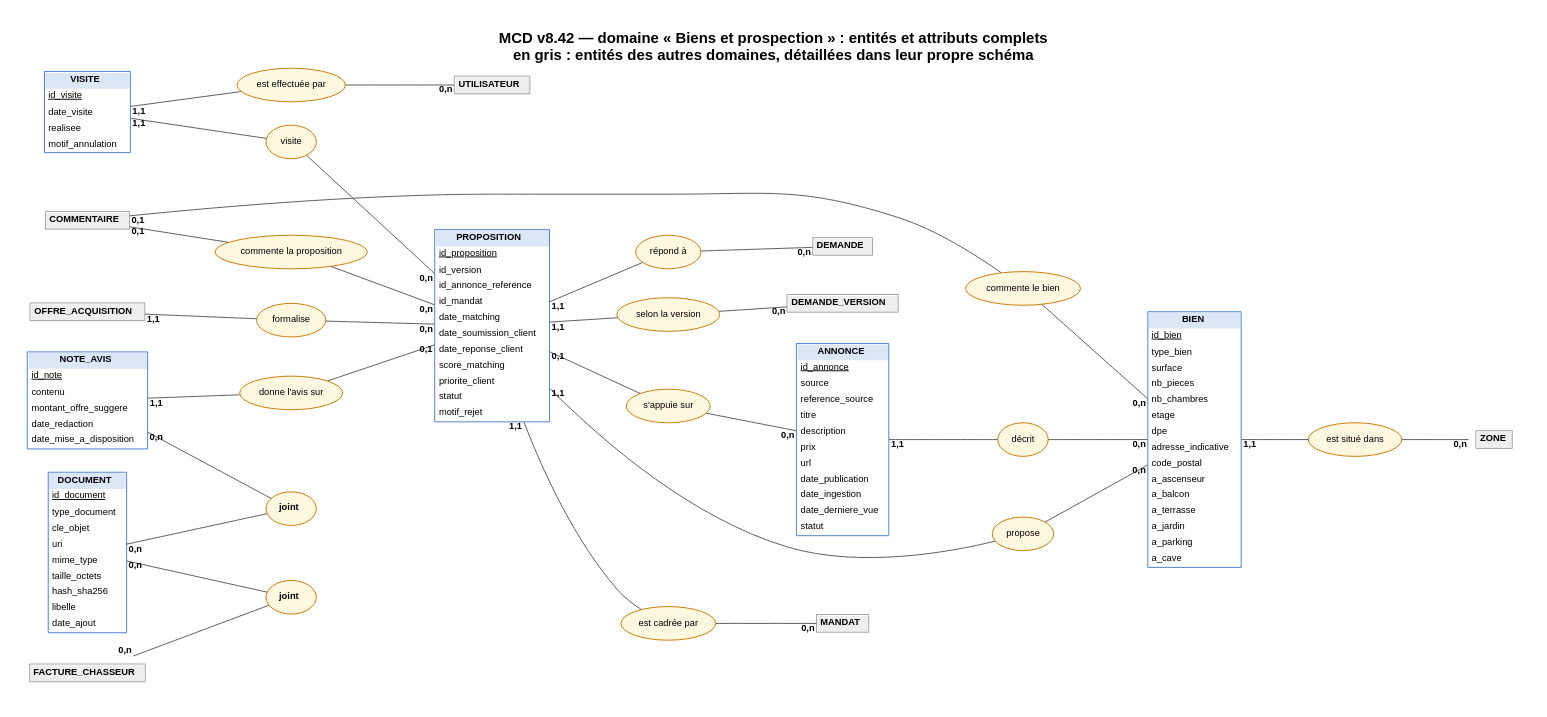
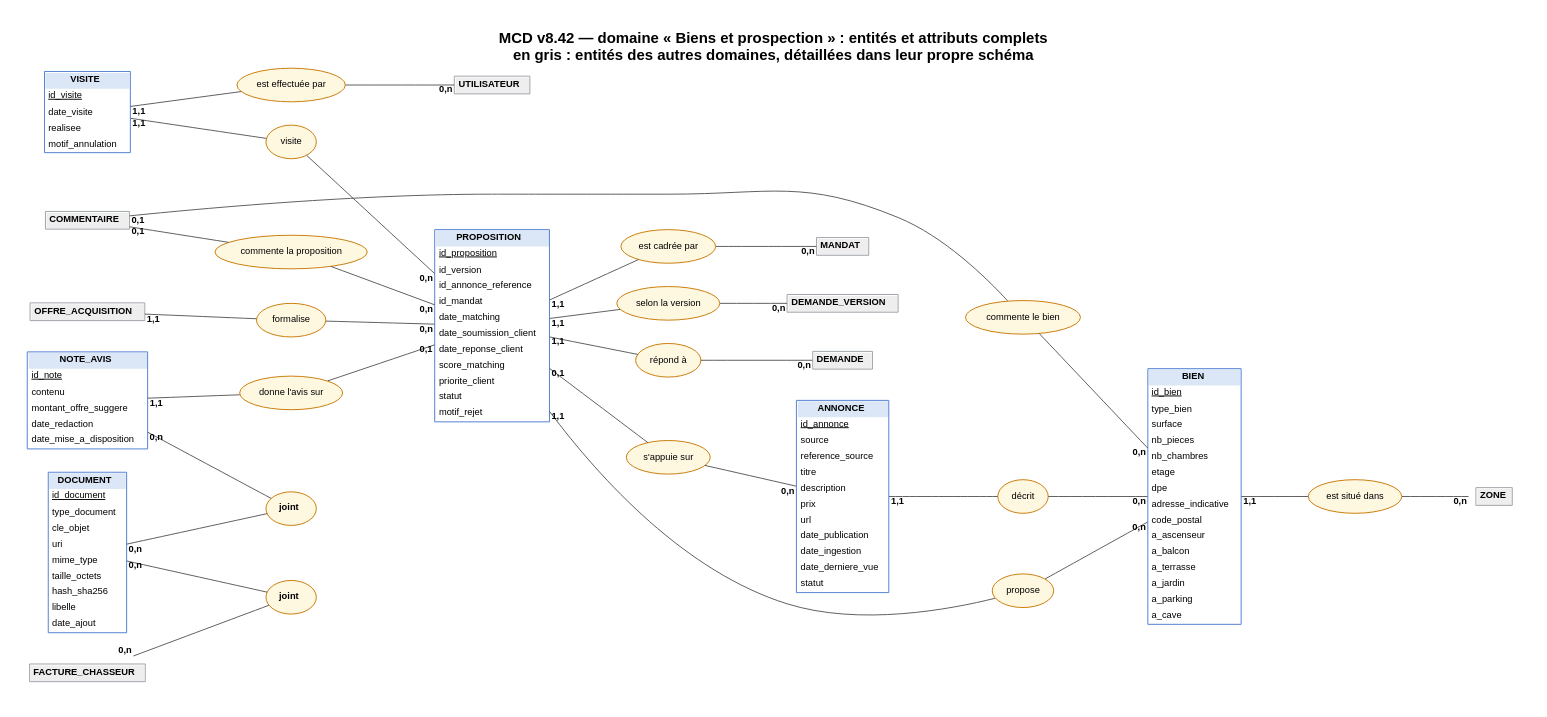
Before and after one commit to Fil-Rouge-Big-Data/Fil-Rouge-EISI-Data-IA-26-D04-StarterPack: the diagram in livrables/documentation/merise/sources/mcd-biens.dot, drawn with Graphviz. The commit also changed other lines of this file and 14 other files, not shown here.

```diff
--- a/livrables/documentation/merise/sources/mcd-biens.dot
+++ b/livrables/documentation/merise/sources/mcd-biens.dot
@@ -1,65 +1,65 @@
 // GÉNÉRÉ par generer_mcd.py depuis livrables/db/01_ddl.sql : ne pas modifier à la main.
 graph MCD {
   graph [label="MCD v8.42 — domaine « Biens et prospection » : entités et attributs complets\nen gris : entités des autres domaines, détaillées dans leur propre schéma", labelloc=t, fontname="Helvetica-Bold", fontsize=16, pad=0.3, splines=true, rankdir=LR, nodesep=0.35, ranksep=1.0];
   node [fontname="Helvetica", fontsize=10];
   edge [fontname="Helvetica-Bold", fontsize=10, color="#555555"];
+  proposition [shape=none, margin=0, label=<<TABLE BORDER="1" CELLBORDER="0" CELLSPACING="0" CELLPADDING="3" COLOR="#4a7bd0"><TR><TD BGCOLOR="#dbe6f7"><B>PROPOSITION</B></TD></TR><TR><TD ALIGN="LEFT"><U>id_proposition</U></TD></TR><TR><TD ALIGN="LEFT">id_version</TD></TR><TR><TD ALIGN="LEFT">id_annonce_reference</TD></TR><TR><TD ALIGN="LEFT">id_mandat</TD></TR><TR><TD ALIGN="LEFT">date_matching</TD></TR><TR><TD ALIGN="LEFT">date_soumission_client</TD></TR><TR><TD ALIGN="LEFT">date_reponse_client</TD></TR><TR><TD ALIGN="LEFT">score_matching</TD></TR><TR><TD ALIGN="LEFT">priorite_client</TD></TR><TR><TD ALIGN="LEFT">statut</TD></TR><TR><TD ALIGN="LEFT">motif_rejet</TD></TR></TABLE>>];
   annonce [shape=none, margin=0, label=<<TABLE BORDER="1" CELLBORDER="0" CELLSPACING="0" CELLPADDING="3" COLOR="#4a7bd0"><TR><TD BGCOLOR="#dbe6f7"><B>ANNONCE</B></TD></TR><TR><TD ALIGN="LEFT"><U>id_annonce</U></TD></TR><TR><TD ALIGN="LEFT">source</TD></TR><TR><TD ALIGN="LEFT">reference_source</TD></TR><TR><TD ALIGN="LEFT">titre</TD></TR><TR><TD ALIGN="LEFT">description</TD></TR><TR><TD ALIGN="LEFT">prix</TD></TR><TR><TD ALIGN="LEFT">url</TD></TR><TR><TD ALIGN="LEFT">date_publication</TD></TR><TR><TD ALIGN="LEFT">date_ingestion</TD></TR><TR><TD ALIGN="LEFT">date_derniere_vue</TD></TR><TR><TD ALIGN="LEFT">statut</TD></TR></TABLE>>];
   visite [shape=none, margin=0, label=<<TABLE BORDER="1" CELLBORDER="0" CELLSPACING="0" CELLPADDING="3" COLOR="#4a7bd0"><TR><TD BGCOLOR="#dbe6f7"><B>VISITE</B></TD></TR><TR><TD ALIGN="LEFT"><U>id_visite</U></TD></TR><TR><TD ALIGN="LEFT">date_visite</TD></TR><TR><TD ALIGN="LEFT">realisee</TD></TR><TR><TD ALIGN="LEFT">motif_annulation</TD></TR></TABLE>>];
-  proposition [shape=none, margin=0, label=<<TABLE BORDER="1" CELLBORDER="0" CELLSPACING="0" CELLPADDING="3" COLOR="#4a7bd0"><TR><TD BGCOLOR="#dbe6f7"><B>PROPOSITION</B></TD></TR><TR><TD ALIGN="LEFT"><U>id_proposition</U></TD></TR><TR><TD ALIGN="LEFT">id_version</TD></TR><TR><TD ALIGN="LEFT">id_annonce_reference</TD></TR><TR><TD ALIGN="LEFT">id_mandat</TD></TR><TR><TD ALIGN="LEFT">date_matching</TD></TR><TR><TD ALIGN="LEFT">date_soumission_client</TD></TR><TR><TD ALIGN="LEFT">date_reponse_client</TD></TR><TR><TD ALIGN="LEFT">score_matching</TD></TR><TR><TD ALIGN="LEFT">priorite_client</TD></TR><TR><TD ALIGN="LEFT">statut</TD></TR><TR><TD ALIGN="LEFT">motif_rejet</TD></TR></TABLE>>];
+  bien [shape=none, margin=0, label=<<TABLE BORDER="1" CELLBORDER="0" CELLSPACING="0" CELLPADDING="3" COLOR="#4a7bd0"><TR><TD BGCOLOR="#dbe6f7"><B>BIEN</B></TD></TR><TR><TD ALIGN="LEFT"><U>id_bien</U></TD></TR><TR><TD ALIGN="LEFT">type_bien</TD></TR><TR><TD ALIGN="LEFT">surface</TD></TR><TR><TD ALIGN="LEFT">nb_pieces</TD></TR><TR><TD ALIGN="LEFT">nb_chambres</TD></TR><TR><TD ALIGN="LEFT">etage</TD></TR><TR><TD ALIGN="LEFT">dpe</TD></TR><TR><TD ALIGN="LEFT">adresse_indicative</TD></TR><TR><TD ALIGN="LEFT">code_postal</TD></TR><TR><TD ALIGN="LEFT">a_ascenseur</TD></TR><TR><TD ALIGN="LEFT">a_balcon</TD></TR><TR><TD ALIGN="LEFT">a_terrasse</TD></TR><TR><TD ALIGN="LEFT">a_jardin</TD></TR><TR><TD ALIGN="LEFT">a_parking</TD></TR><TR><TD ALIGN="LEFT">a_cave</TD></TR></TABLE>>];
   note_avis [shape=none, margin=0, label=<<TABLE BORDER="1" CELLBORDER="0" CELLSPACING="0" CELLPADDING="3" COLOR="#4a7bd0"><TR><TD BGCOLOR="#dbe6f7"><B>NOTE_AVIS</B></TD></TR><TR><TD ALIGN="LEFT"><U>id_note</U></TD></TR><TR><TD ALIGN="LEFT">contenu</TD></TR><TR><TD ALIGN="LEFT">montant_offre_suggere</TD></TR><TR><TD ALIGN="LEFT">date_redaction</TD></TR><TR><TD ALIGN="LEFT">date_mise_a_disposition</TD></TR></TABLE>>];
-  bien [shape=none, margin=0, label=<<TABLE BORDER="1" CELLBORDER="0" CELLSPACING="0" CELLPADDING="3" COLOR="#4a7bd0"><TR><TD BGCOLOR="#dbe6f7"><B>BIEN</B></TD></TR><TR><TD ALIGN="LEFT"><U>id_bien</U></TD></TR><TR><TD ALIGN="LEFT">type_bien</TD></TR><TR><TD ALIGN="LEFT">surface</TD></TR><TR><TD ALIGN="LEFT">nb_pieces</TD></TR><TR><TD ALIGN="LEFT">nb_chambres</TD></TR><TR><TD ALIGN="LEFT">etage</TD></TR><TR><TD ALIGN="LEFT">dpe</TD></TR><TR><TD ALIGN="LEFT">adresse_indicative</TD></TR><TR><TD ALIGN="LEFT">code_postal</TD></TR><TR><TD ALIGN="LEFT">a_ascenseur</TD></TR><TR><TD ALIGN="LEFT">a_balcon</TD></TR><TR><TD ALIGN="LEFT">a_terrasse</TD></TR><TR><TD ALIGN="LEFT">a_jardin</TD></TR><TR><TD ALIGN="LEFT">a_parking</TD></TR><TR><TD ALIGN="LEFT">a_cave</TD></TR></TABLE>>];
   document [shape=none, margin=0, label=<<TABLE BORDER="1" CELLBORDER="0" CELLSPACING="0" CELLPADDING="3" COLOR="#4a7bd0"><TR><TD BGCOLOR="#dbe6f7"><B>DOCUMENT</B></TD></TR><TR><TD ALIGN="LEFT"><U>id_document</U></TD></TR><TR><TD ALIGN="LEFT">type_document</TD></TR><TR><TD ALIGN="LEFT">cle_objet</TD></TR><TR><TD ALIGN="LEFT">uri</TD></TR><TR><TD ALIGN="LEFT">mime_type</TD></TR><TR><TD ALIGN="LEFT">taille_octets</TD></TR><TR><TD ALIGN="LEFT">hash_sha256</TD></TR><TR><TD ALIGN="LEFT">libelle</TD></TR><TR><TD ALIGN="LEFT">date_ajout</TD></TR></TABLE>>];
   commentaire [shape=none, margin=0, label=<<TABLE BORDER="1" CELLBORDER="0" CELLSPACING="0" CELLPADDING="3" COLOR="#9aa0a6"><TR><TD BGCOLOR="#eeeeee"><B>COMMENTAIRE</B></TD></TR></TABLE>>];
   demande [shape=none, margin=0, label=<<TABLE BORDER="1" CELLBORDER="0" CELLSPACING="0" CELLPADDING="3" COLOR="#9aa0a6"><TR><TD BGCOLOR="#eeeeee"><B>DEMANDE</B></TD></TR></TABLE>>];
   demande_version [shape=none, margin=0, label=<<TABLE BORDER="1" CELLBORDER="0" CELLSPACING="0" CELLPADDING="3" COLOR="#9aa0a6"><TR><TD BGCOLOR="#eeeeee"><B>DEMANDE_VERSION</B></TD></TR></TABLE>>];
   facture_chasseur [shape=none, margin=0, label=<<TABLE BORDER="1" CELLBORDER="0" CELLSPACING="0" CELLPADDING="3" COLOR="#9aa0a6"><TR><TD BGCOLOR="#eeeeee"><B>FACTURE_CHASSEUR</B></TD></TR></TABLE>>];
   mandat [shape=none, margin=0, label=<<TABLE BORDER="1" CELLBORDER="0" CELLSPACING="0" CELLPADDING="3" COLOR="#9aa0a6"><TR><TD BGCOLOR="#eeeeee"><B>MANDAT</B></TD></TR></TABLE>>];
   offre_acquisition [shape=none, margin=0, label=<<TABLE BORDER="1" CELLBORDER="0" CELLSPACING="0" CELLPADDING="3" COLOR="#9aa0a6"><TR><TD BGCOLOR="#eeeeee"><B>OFFRE_ACQUISITION</B></TD></TR></TABLE>>];
   utilisateur [shape=none, margin=0, label=<<TABLE BORDER="1" CELLBORDER="0" CELLSPACING="0" CELLPADDING="3" COLOR="#9aa0a6"><TR><TD BGCOLOR="#eeeeee"><B>UTILISATEUR</B></TD></TR></TABLE>>];
   zone [shape=none, margin=0, label=<<TABLE BORDER="1" CELLBORDER="0" CELLSPACING="0" CELLPADDING="3" COLOR="#9aa0a6"><TR><TD BGCOLOR="#eeeeee"><B>ZONE</B></TD></TR></TABLE>>];
   note_avis_document [shape=ellipse, style=filled, fillcolor="#fff8e1", color="#c77700", label=<<B>joint</B>>];
   facture_document [shape=ellipse, style=filled, fillcolor="#fff8e1", color="#c77700", label=<<B>joint</B>>];
   a17 [shape=ellipse, style=filled, fillcolor="#fff8e1", color="#c77700", label="est situé dans"];
   a18 [shape=ellipse, style=filled, fillcolor="#fff8e1", color="#c77700", label="décrit"];
   a19 [shape=ellipse, style=filled, fillcolor="#fff8e1", color="#c77700", label="répond à"];
   a20 [shape=ellipse, style=filled, fillcolor="#fff8e1", color="#c77700", label="propose"];
   a21 [shape=ellipse, style=filled, fillcolor="#fff8e1", color="#c77700", label="selon la version"];
   a22 [shape=ellipse, style=filled, fillcolor="#fff8e1", color="#c77700", label="s'appuie sur"];
   a23 [shape=ellipse, style=filled, fillcolor="#fff8e1", color="#c77700", label="est cadrée par"];
   a26 [shape=ellipse, style=filled, fillcolor="#fff8e1", color="#c77700", label="commente la proposition"];
   a27 [shape=ellipse, style=filled, fillcolor="#fff8e1", color="#c77700", label="commente le bien"];
   a28 [shape=ellipse, style=filled, fillcolor="#fff8e1", color="#c77700", label="visite"];
   a29 [shape=ellipse, style=filled, fillcolor="#fff8e1", color="#c77700", label="est effectuée par"];
   a30 [shape=ellipse, style=filled, fillcolor="#fff8e1", color="#c77700", label="formalise"];
   a45 [shape=ellipse, style=filled, fillcolor="#fff8e1", color="#c77700", label="donne l'avis sur"];
   note_avis -- note_avis_document [taillabel="0,n"];
   document -- note_avis_document [taillabel="0,n"];
   facture_chasseur -- facture_document [taillabel="0,n"];
   document -- facture_document [taillabel="0,n"];
   bien -- a17 [taillabel="1,1"];
   a17 -- zone [headlabel="0,n"];
   annonce -- a18 [taillabel="1,1"];
   a18 -- bien [headlabel="0,n"];
   proposition -- a19 [taillabel="1,1"];
   a19 -- demande [headlabel="0,n"];
   proposition -- a20 [taillabel="1,1"];
   a20 -- bien [headlabel="0,n"];
   proposition -- a21 [taillabel="1,1"];
   a21 -- demande_version [headlabel="0,n"];
   proposition -- a22 [taillabel="0,1"];
   a22 -- annonce [headlabel="0,n"];
   proposition -- a23 [taillabel="1,1"];
   a23 -- mandat [headlabel="0,n"];
   commentaire -- a26 [taillabel="0,1"];
   a26 -- proposition [headlabel="0,n"];
   commentaire -- a27 [taillabel="0,1"];
   a27 -- bien [headlabel="0,n"];
   visite -- a28 [taillabel="1,1"];
   a28 -- proposition [headlabel="0,n"];
   visite -- a29 [taillabel="1,1"];
   a29 -- utilisateur [headlabel="0,n"];
   offre_acquisition -- a30 [taillabel="1,1"];
   a30 -- proposition [headlabel="0,n"];
   note_avis -- a45 [taillabel="1,1"];
   a45 -- proposition [headlabel="0,1"];
 }
```
